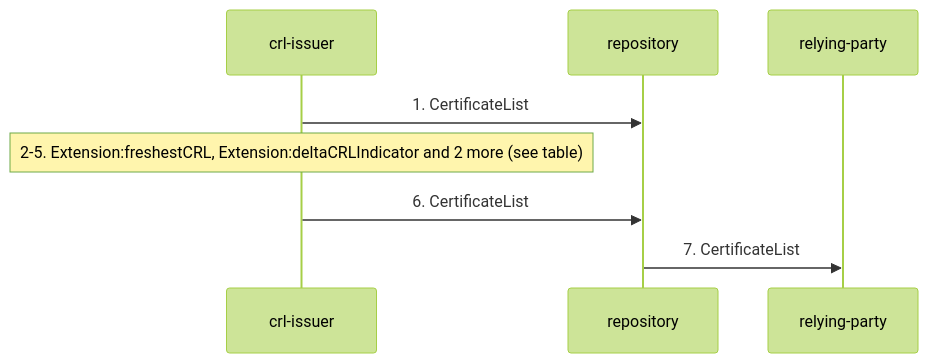
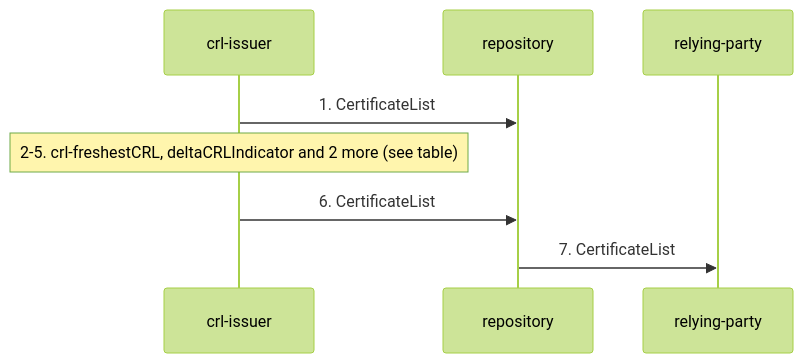
The third of 15 diagrams in records/ietf/rfc-5280/distilled/protocol.md (m-of-n/library), drawn with Mermaid (forest theme) before and after one commit. The commit also changed other lines of this file and 7 other files, not shown here.

````diff
--- a/records/ietf/rfc-5280/distilled/protocol.md
+++ b/records/ietf/rfc-5280/distilled/protocol.md
@@ -159,10 +159,10 @@
 ```mermaid
 sequenceDiagram
   participant crl_issuer as crl-issuer
   participant repository as repository
   participant relying_party as relying-party
   crl_issuer->>repository: 1. CertificateList
-  Note over crl_issuer: 2-5. Extension:freshestCRL, Extension:deltaCRLIndicator and 2 more (see table)
+  Note over crl_issuer: 2-5. crl-freshestCRL, deltaCRLIndicator and 2 more (see table)
   crl_issuer->>repository: 6. CertificateList
   repository->>relying_party: 7. CertificateList
 ```
````
